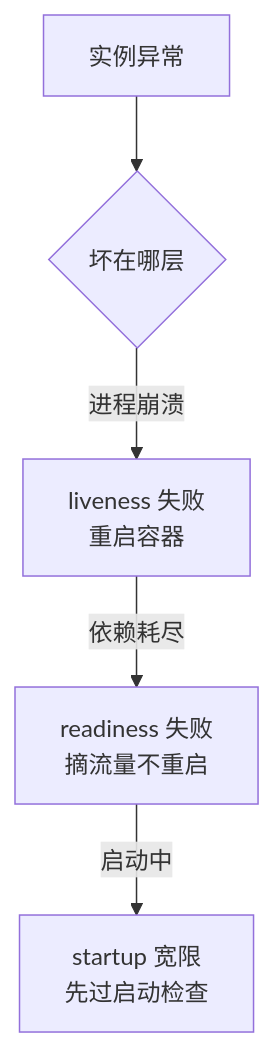
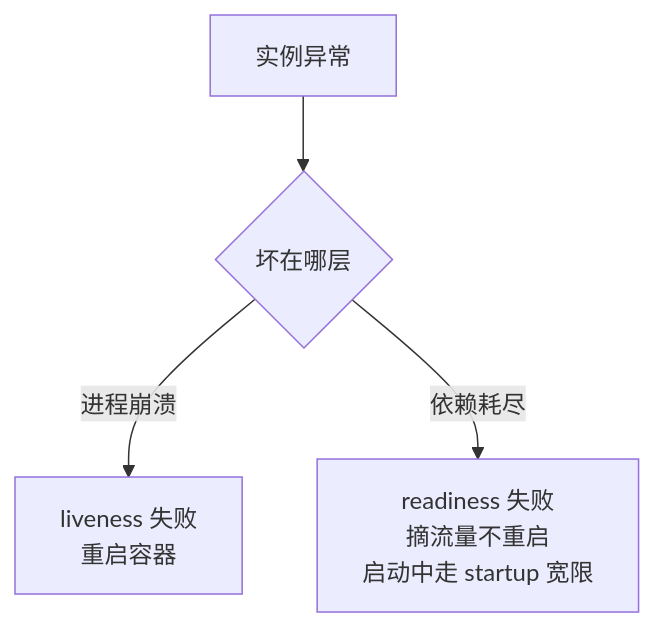
One commit to hub138/technical-knowledge changed the diagram in vault/工程知识/后端系统：在并发、失败与变化中维持服务/分布式可靠性/健康检查只能提供有时效的失败证据.md. Above: the diagram before and after it, drawn with Mermaid. The commit also changed other lines of this file and 622 other files, not shown here.

````diff
--- a/vault/工程知识/后端系统：在并发、失败与变化中维持服务/分布式可靠性/健康检查只能提供有时效的失败证据.md
+++ b/vault/工程知识/后端系统：在并发、失败与变化中维持服务/分布式可靠性/健康检查只能提供有时效的失败证据.md
@@ -61,7 +93,6 @@
 ```mermaid
 graph TD
     F["实例异常"] --> Q{"坏在哪层"}
     Q -->|"进程崩溃"| L["liveness 失败<br/>重启容器"]
-    L -->|"依赖耗尽"| R["readiness 失败<br/>摘流量不重启"]
-    R -->|"启动中"| S["startup 宽限<br/>先过启动检查"]
+    Q -->|"依赖耗尽"| R["readiness 失败<br/>摘流量不重启<br/>启动中走 startup 宽限"]
 ```
````
